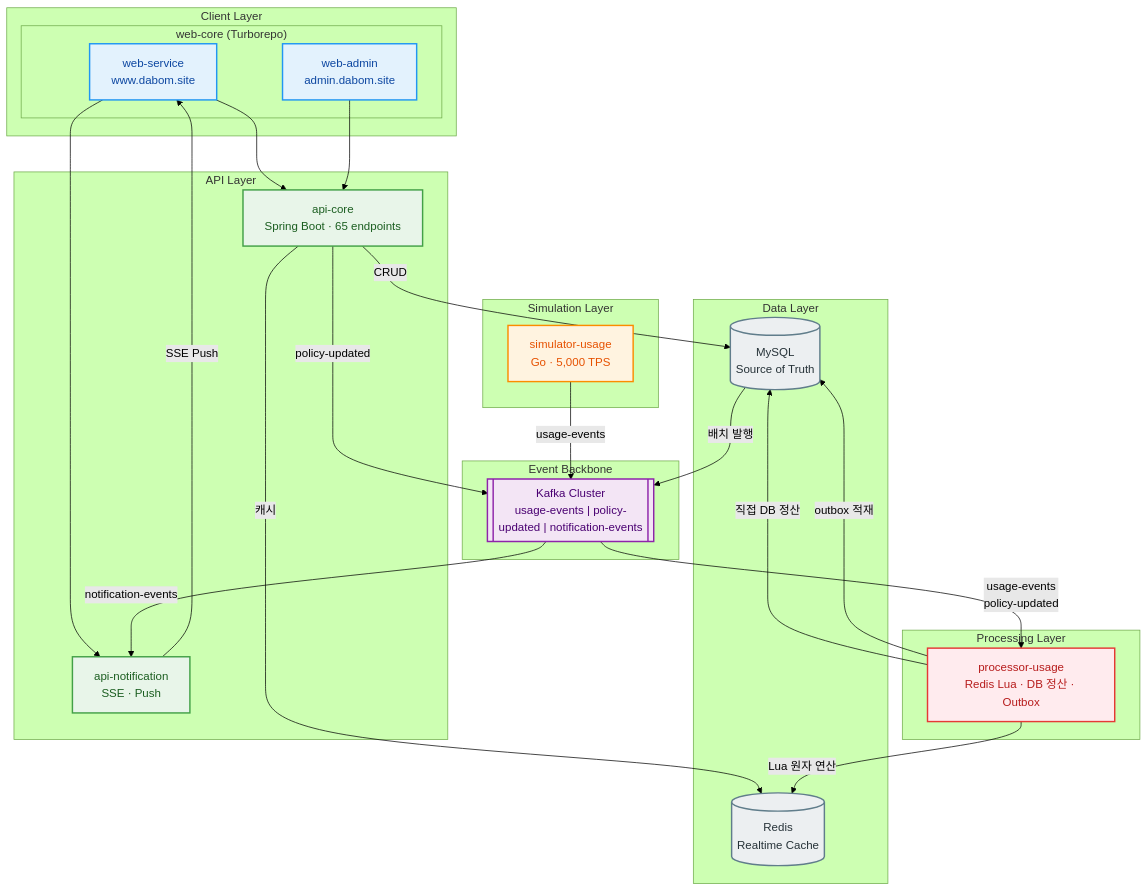
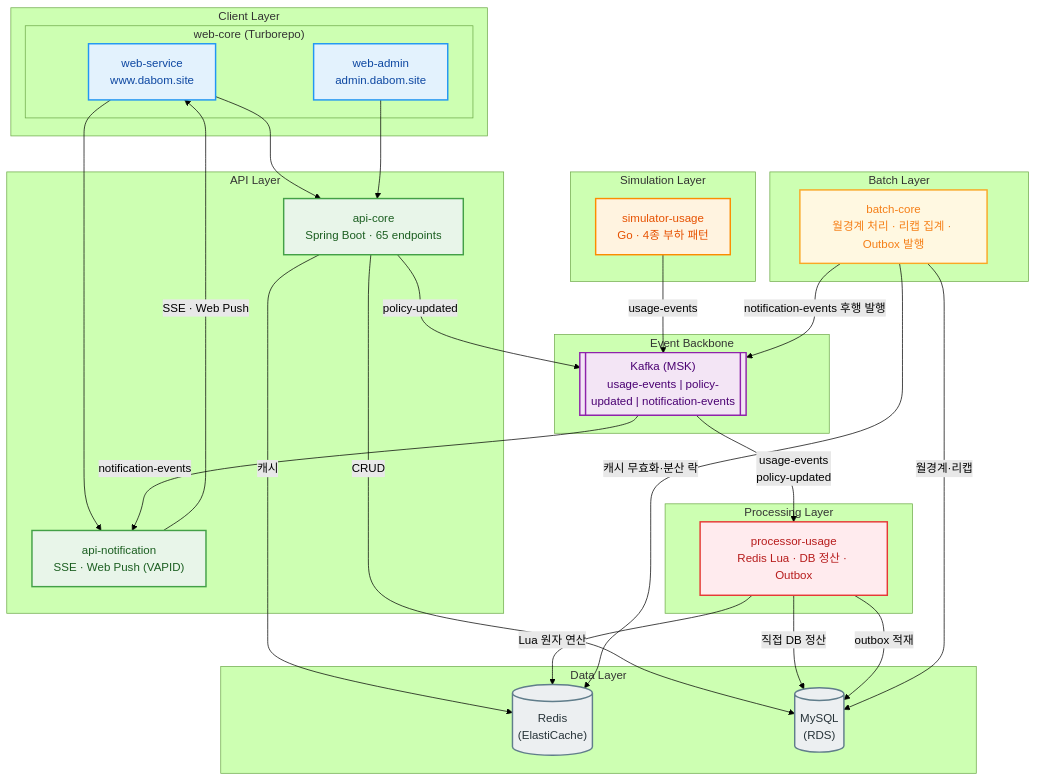
The first of 3 diagrams in profile/README.md (da-bom/.github), drawn with Mermaid (forest theme) before and after one commit. The commit also changed other lines of this file, not shown here.

````diff
--- a/profile/README.md
+++ b/profile/README.md
@@ -83,62 +82,71 @@
 ```mermaid
 flowchart TB
     classDef client fill:#E3F2FD,stroke:#2196F3,stroke-width:2px,color:#0D47A1
     classDef sim fill:#FFF3E0,stroke:#FB8C00,stroke-width:2px,color:#E65100
     classDef api fill:#E8F5E9,stroke:#43A047,stroke-width:2px,color:#1B5E20
     classDef event fill:#F3E5F5,stroke:#8E24AA,stroke-width:2px,color:#4A0072
     classDef proc fill:#FFEBEE,stroke:#E53935,stroke-width:2px,color:#B71C1C
     classDef data fill:#ECEFF1,stroke:#607D8B,stroke-width:2px,color:#263238
+    classDef batch fill:#FFF8E1,stroke:#F9A825,stroke-width:2px,color:#F57F17
 
     subgraph CLIENT["Client Layer"]
         subgraph WC["web-core (Turborepo)"]
             WS["web-service<br/>www.dabom.site"]
             WA["web-admin<br/>admin.dabom.site"]
         end
         class WS,WA client
     end
 
     subgraph SIM["Simulation Layer"]
-        TG["simulator-usage<br/>Go · 5,000 TPS"]
+        TG["simulator-usage<br/>Go · 4종 부하 패턴"]
         class TG sim
     end
 
     subgraph API["API Layer"]
         AC["api-core<br/>Spring Boot · 65 endpoints"]
-        AN["api-notification<br/>SSE · Push"]
+        AN["api-notification<br/>SSE · Web Push (VAPID)"]
         class AC,AN api
     end
 
     subgraph EVENT["Event Backbone"]
-        KF[["Kafka Cluster<br/>usage-events | policy-updated | notification-events"]]
+        KF[["Kafka (MSK)<br/>usage-events | policy-updated | notification-events"]]
         class KF event
     end
 
     subgraph PROC["Processing Layer"]
         UP["processor-usage<br/>Redis Lua · DB 정산 · Outbox"]
         class UP proc
     end
 
+    subgraph BATCH["Batch Layer"]
+        BC["batch-core<br/>월경계 처리 · 리캡 집계 · Outbox 발행"]
+        class BC batch
+    end
+
     subgraph DATA["Data Layer"]
-        RD[("Redis<br/>Realtime Cache")]
-        DB[("MySQL<br/>Source of Truth")]
+        RD[("Redis<br/>(ElastiCache)")]
+        DB[("MySQL<br/>(RDS)")]
         class RD,DB data
     end
 
     TG -->|usage-events| KF
     WS & WA --> AC
     WS --> AN
 
     AC -->|CRUD| DB
     AC -->|캐시| RD
     AC -->|policy-updated| KF
 
     KF -->|usage-events<br/>policy-updated| UP
 
     UP -->|Lua 원자 연산| RD
     UP -->|직접 DB 정산| DB
     UP -->|outbox 적재| DB
 
-    DB -->|배치 발행| KF
+    BC -->|월경계·리캡| DB
+    BC -->|캐시 무효화·분산 락| RD
+    BC -->|notification-events 후행 발행| KF
+
     KF -->|notification-events| AN
-    AN -->|SSE Push| WS
+    AN -->|SSE · Web Push| WS
 ```
````
